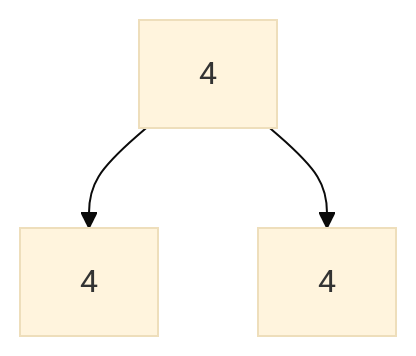
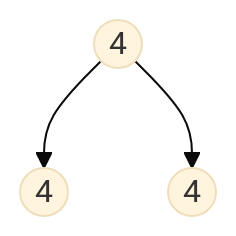
One commit to 3strategy/BeautifulMivney changed diagram 13 of 15 in cst/6binnode/Ex6a2binnode.md. Above: the diagram before and after it, drawn with Mermaid (base theme). The commit also changed other lines of this file and 3 other files, not shown here.

````diff
--- a/cst/6binnode/Ex6a2binnode.md
+++ b/cst/6binnode/Ex6a2binnode.md
@@ -254,5 +254,5 @@
     ```mermaid
     flowchart TB
-      A[4] --> B[4]:::leaf
-      A --> C[4]:::leaf
+      A((4)) --> B((4)):::leaf
+      A --> C((4)):::leaf
     ```
````
